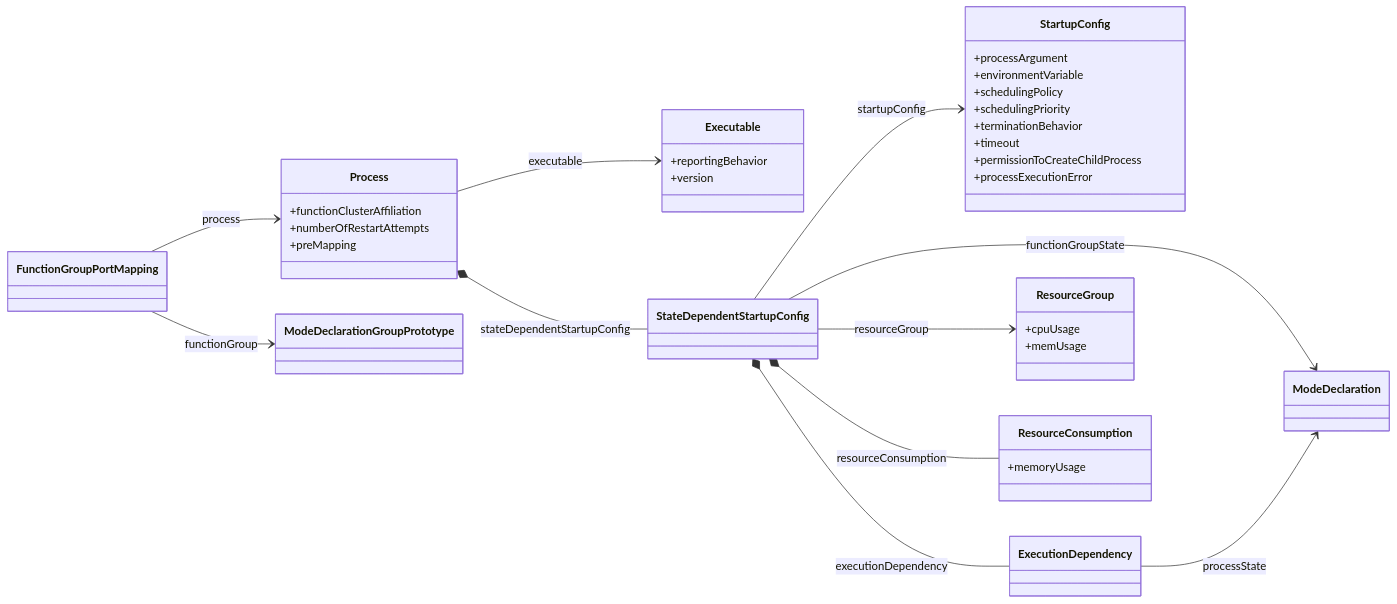
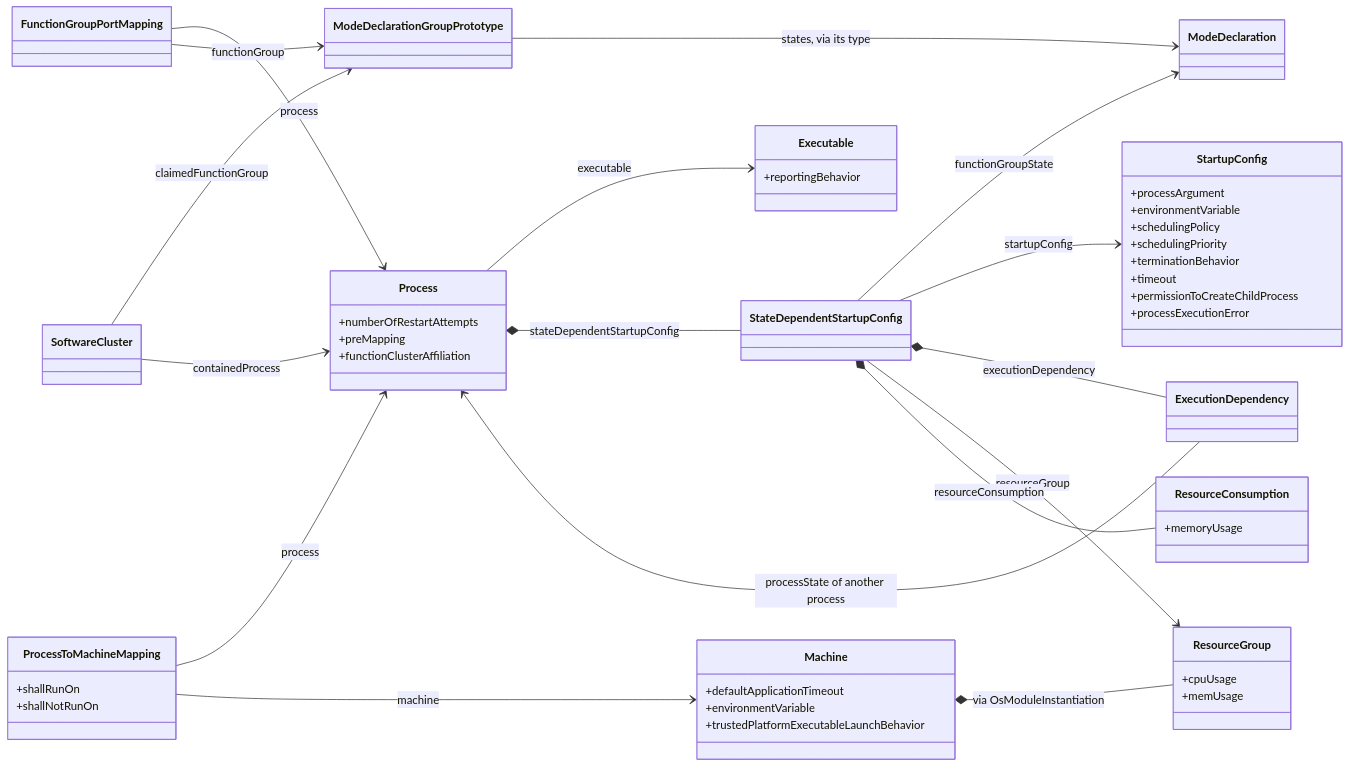
One commit to cavoidcodon/adaptive-guides changed the fifth of 27 diagrams in guides/04_ExecutionManagement.md. Above: the diagram before and after it, drawn with Mermaid. The commit also changed other lines of this file and 5 other files, not shown here.

````diff
--- a/guides/04_ExecutionManagement.md
+++ b/guides/04_ExecutionManagement.md
@@ -588,45 +599,60 @@
 ```mermaid
 classDiagram
     direction LR
+    class Executable {
+        +reportingBehavior
+    }
     class Process {
-        +functionClusterAffiliation
         +numberOfRestartAttempts
         +preMapping
-    }
-    class Executable {
-        +reportingBehavior
-        +version
+        +functionClusterAffiliation
     }
     class StateDependentStartupConfig
     class StartupConfig {
         +processArgument
         +environmentVariable
         +schedulingPolicy
         +schedulingPriority
         +terminationBehavior
         +timeout
         +permissionToCreateChildProcess
         +processExecutionError
     }
     class ExecutionDependency
     class ResourceGroup {
         +cpuUsage
         +memUsage
     }
     class ResourceConsumption {
         +memoryUsage
     }
     class ModeDeclaration
+    class ModeDeclarationGroupPrototype
+    class Machine {
+        +defaultApplicationTimeout
+        +environmentVariable
+        +trustedPlatformExecutableLaunchBehavior
+    }
+    class ProcessToMachineMapping {
+        +shallRunOn
+        +shallNotRunOn
+    }
     class FunctionGroupPortMapping
-    class ModeDeclarationGroupPrototype
+    class SoftwareCluster
     Process --> Executable : executable
     Process *-- StateDependentStartupConfig : stateDependentStartupConfig
     StateDependentStartupConfig --> ModeDeclaration : functionGroupState
     StateDependentStartupConfig --> StartupConfig : startupConfig
     StateDependentStartupConfig *-- ExecutionDependency : executionDependency
     StateDependentStartupConfig --> ResourceGroup : resourceGroup
     StateDependentStartupConfig *-- ResourceConsumption : resourceConsumption
-    ExecutionDependency --> ModeDeclaration : processState
+    ExecutionDependency --> Process : processState of another process
+    ModeDeclarationGroupPrototype --> ModeDeclaration : states, via its type
+    Machine *-- ResourceGroup : via OsModuleInstantiation
+    ProcessToMachineMapping --> Process : process
+    ProcessToMachineMapping --> Machine : machine
     FunctionGroupPortMapping --> Process : process
     FunctionGroupPortMapping --> ModeDeclarationGroupPrototype : functionGroup
+    SoftwareCluster --> ModeDeclarationGroupPrototype : claimedFunctionGroup
+    SoftwareCluster --> Process : containedProcess
 ```
````
